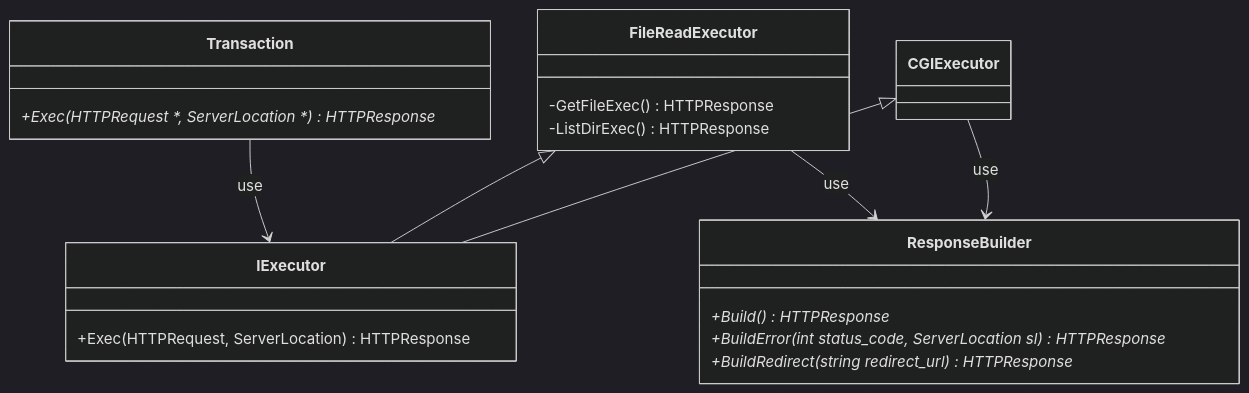
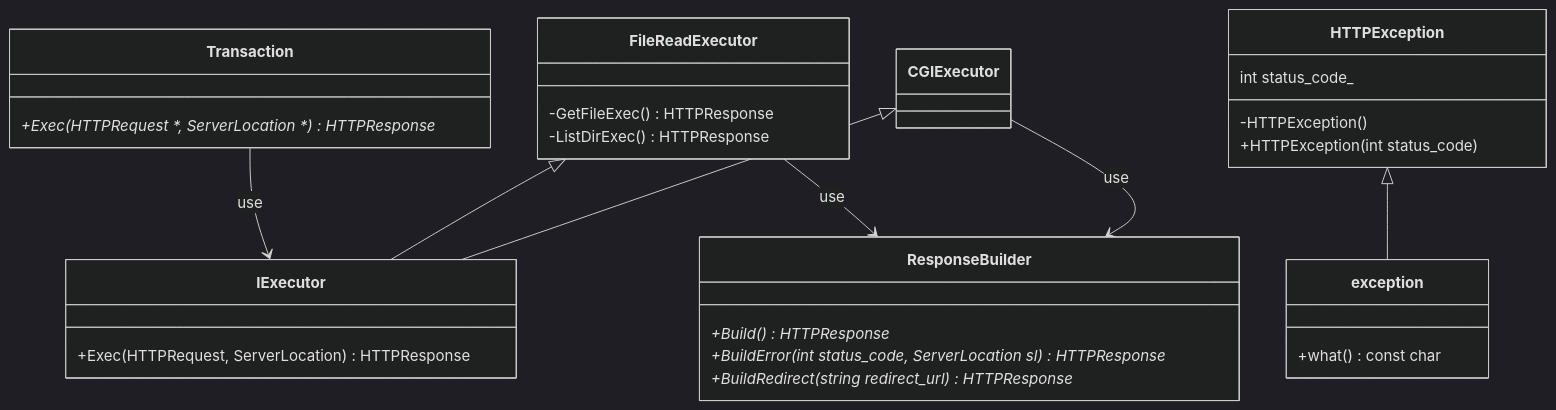
The diagram in docs/class/transaction_class.md (katataku/webserv), drawn with Mermaid (dark theme) before and after one commit. The commit also changed other lines of this file and 1 other file, not shown here.

First line of the commit message:
exceptionのクラス図を作成 (#76)

````diff
--- a/docs/class/transaction_class.md
+++ b/docs/class/transaction_class.md
@@ -1,33 +3,46 @@
 ```mermaid
 classDiagram
     CGIExecutor <|-- IExecutor
     FileReadExecutor <|-- IExecutor
 
     Transaction --> IExecutor : use
     CGIExecutor --> ResponseBuilder : use
     FileReadExecutor --> ResponseBuilder : use
+
+    HTTPException <|-- exception
 
     class FileReadExecutor {
         -GetFileExec() HTTPResponse
         -ListDirExec() HTTPResponse
     }
 
     class CGIExecutor {
     }
 
     class IExecutor {
         +Exec(HTTPRequest, ServerLocation) HTTPResponse
     }
 
 
     class Transaction {
         +Exec(HTTPRequest *, ServerLocation *) HTTPResponse*
     }
 
     %% status_code, server_location &&
     class ResponseBuilder {
         +Build() HTTPResponse*
         +BuildError(int status_code, ServerLocation sl) HTTPResponse*
         +BuildRedirect(string redirect_url) HTTPResponse*
     }
+
+    class exception{
+        +what() const char
+    }
+
+    class HTTPException{
+        int status_code_
+        -HTTPException()
+        +HTTPException(int status_code)
+    }
+
 ```
````
